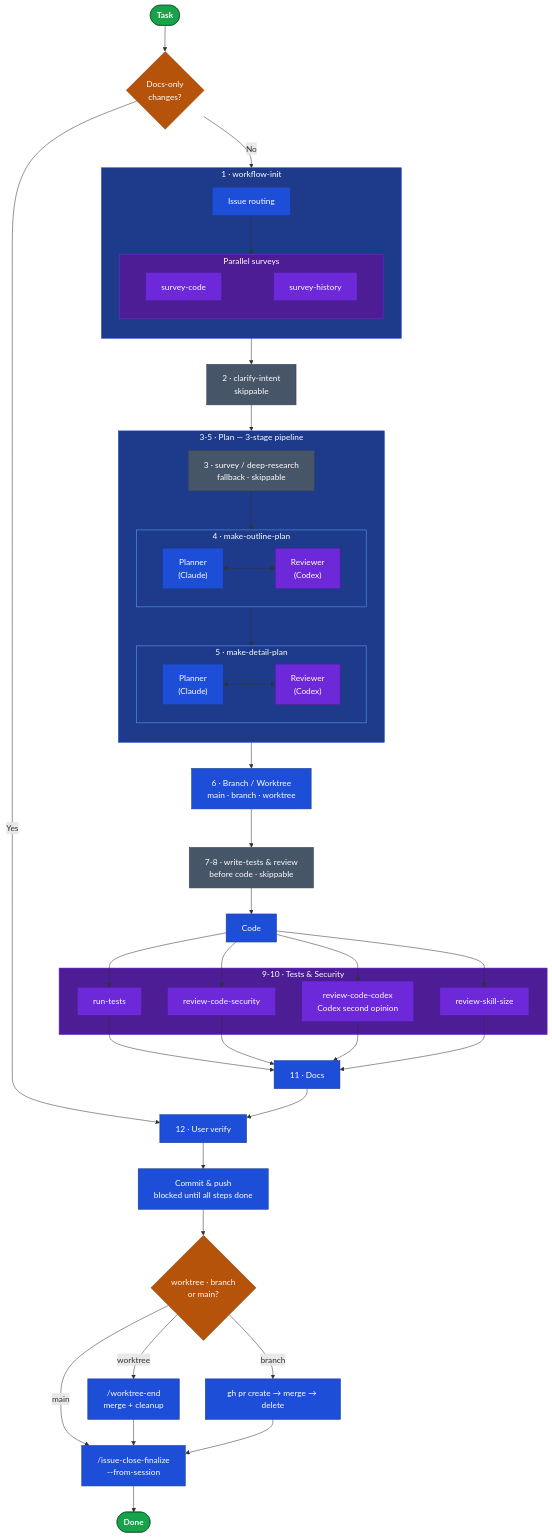
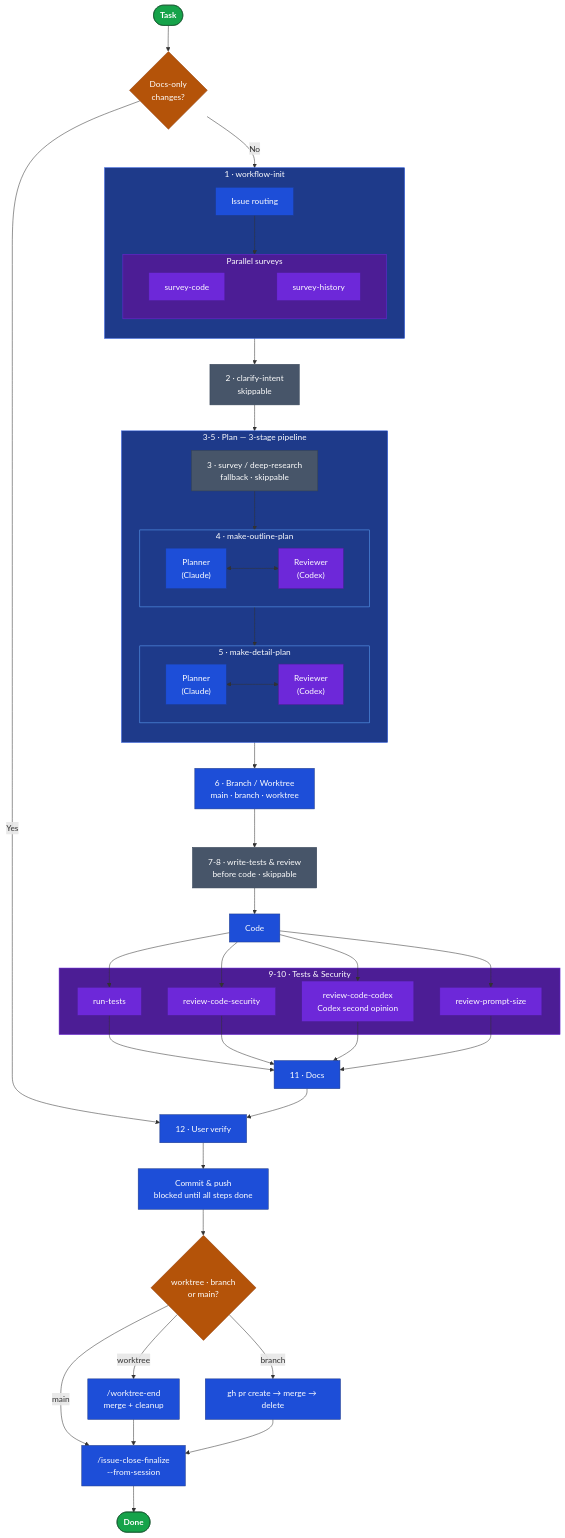
One commit to nirecom/agents changed the diagram in README.md. Above: the diagram before and after it, drawn with Mermaid. The commit also changed other lines of this file and 10 other files, not shown here.

First line of the commit message:
feat(#1428): rename review-skill-size → review-prompt-size; extend to rules/*.md, agents/*.md, skills/_shared/*.md

````diff
--- a/README.md
+++ b/README.md
@@ -23,77 +23,77 @@
 ```mermaid
 flowchart TD
     classDef terminal  fill:#16a34a,stroke:#14532d,color:#fff,font-weight:bold
     classDef decision  fill:#b45309,stroke:#92400e,color:#fff
     classDef skippable fill:#475569,stroke:#334155,color:#fff
     classDef required  fill:#1d4ed8,stroke:#1e3a8a,color:#fff
     classDef parallel  fill:#6d28d9,stroke:#4c1d95,color:#fff
 
     Task([Task]) --> DocCheck{Docs-only<br/>changes?}
     DocCheck -- Yes --> UV["12 · User verify"]
     DocCheck -- No  --> S0_sg
 
     subgraph S0_sg["1 · workflow-init"]
         direction TB
         S0_R["Issue routing"]
         subgraph S0_surv["Parallel surveys"]
             direction LR
             S0_SC["survey-code"] ~~~ S0_SH["survey-history"]
         end
         S0_R --> S0_surv
     end
 
     S0_sg --> S1["2 · clarify-intent<br/>skippable"]
     S1  --> P2a
 
     subgraph Plan["3-5 · Plan  —  3-stage pipeline"]
         direction TB
         P2a["3 · survey / deep-research<br/>fallback · skippable"] --> P2b_sg
         subgraph P2b_sg["4 · make-outline-plan"]
             direction LR
             P2b_L["Planner<br/>(Claude)"] <--> P2b_R["Reviewer<br/>(Codex)"]
         end
         P2b_sg --> P2c_sg
         subgraph P2c_sg["5 · make-detail-plan"]
             direction LR
             P2c_L["Planner<br/>(Claude)"] <--> P2c_R["Reviewer<br/>(Codex)"]
         end
     end
 
     Plan --> S3["6 · Branch / Worktree<br/>main · branch · worktree"]
     S3   --> S4["7-8 · write-tests & review<br/>before code · skippable"]
     S4   --> S5["Code"]
 
     S5 --> S6a & S6b & S6c & S6d
 
     subgraph Review["9-10 · Tests & Security"]
         S6a["run-tests"]
         S6b["review-code-security"]
         S6c["review-code-codex<br/>Codex second opinion"]
-        S6d["review-skill-size"]
+        S6d["review-prompt-size"]
     end
 
     S6a & S6b & S6c & S6d --> S7["11 · Docs"]
     S7 --> UV
     UV --> S9["Commit & push<br/>blocked until all steps done"]
 
     S9 --> Cleanup{worktree · branch<br/>or main?}
     Cleanup -- worktree --> WE["/worktree-end<br/>merge + cleanup"]
     Cleanup -- branch   --> PR["gh pr create → merge → delete"]
     Cleanup -- main     --> IC["/issue-close-finalize<br/>--from-session"]
     WE --> IC
     PR --> IC
     IC --> Done([Done])
 
     style S0_sg  fill:#1e3a8a,stroke:#1d4ed8,color:#fff
     style S0_surv fill:#4c1d95,stroke:#6d28d9,color:#fff
     style Plan   fill:#1e3a8a,stroke:#1d4ed8,color:#fff
     style P2b_sg fill:#1e3a8a,stroke:#60a5fa,color:#fff
     style P2c_sg fill:#1e3a8a,stroke:#60a5fa,color:#fff
     style Review fill:#4c1d95,stroke:#6d28d9,color:#fff
 
     class Task,Done terminal
     class DocCheck,Cleanup decision
     class S1,P2a,S4 skippable
     class P2b_L,P2c_L,S0_R,S3,S5,S7,UV,S9,WE,PR,IC required
     class P2b_R,P2c_R,S0_SC,S0_SH,S6a,S6b,S6c,S6d parallel
 ```
````
